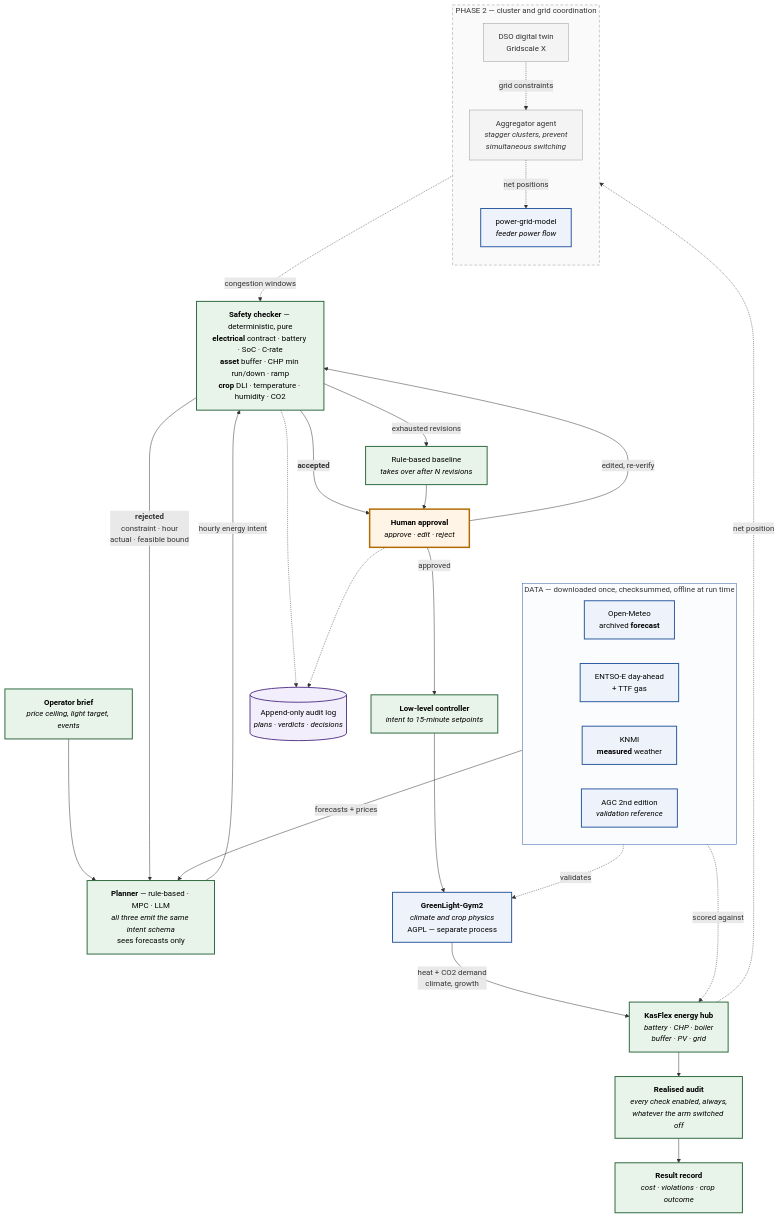
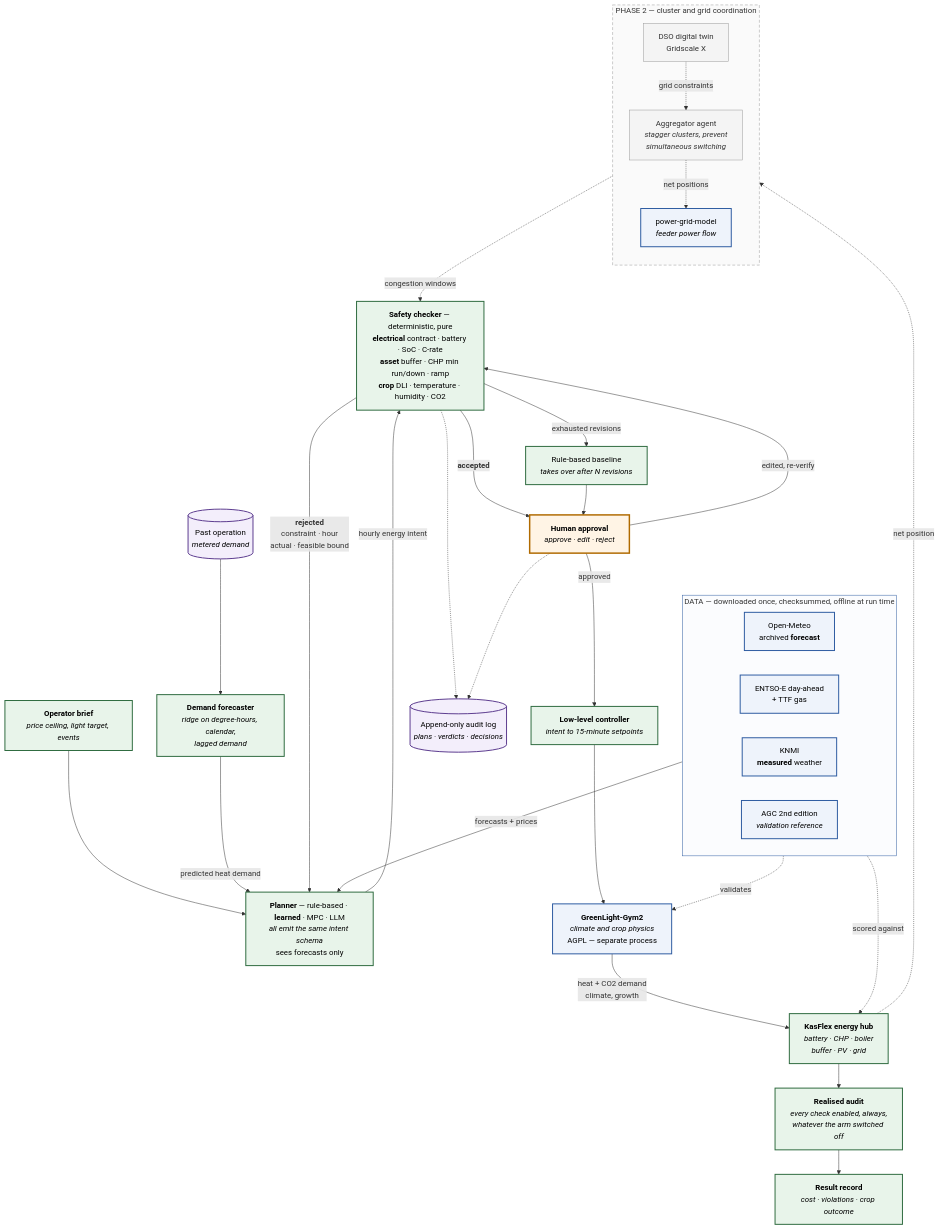
One commit to Youw98/test changed the diagram in docs/architecture.mmd. Above: the diagram before and after it, drawn with Mermaid. The commit also changed 24 other files, not shown here.

```diff
--- a/docs/architecture.mmd
+++ b/docs/architecture.mmd
@@ -1,65 +1,69 @@
 flowchart TB
     subgraph DATA["DATA — downloaded once, checksummed, offline at run time"]
         direction LR
         FCAST["Open-Meteo<br/>archived <b>forecast</b>"]
         PRICE["ENTSO-E day-ahead<br/>+ TTF gas"]
         ACTUAL["KNMI<br/><b>measured</b> weather"]
         AGC["AGC 2nd edition<br/><i>validation reference</i>"]
     end
 
     BRIEF["<b>Operator brief</b><br/><i>price ceiling, light target, events</i>"]
-    PLANNER["<b>Planner</b> — rule-based · MPC · LLM<br/><i>all three emit the same intent schema</i><br/>sees forecasts only"]
+    FORECAST["<b>Demand forecaster</b><br/><i>ridge on degree-hours, calendar,<br/>lagged demand</i>"]
+    METER[("Past operation<br/><i>metered demand</i>")]
+    PLANNER["<b>Planner</b> — rule-based · <b>learned</b> · MPC · LLM<br/><i>all emit the same intent schema</i><br/>sees forecasts only"]
     CHECK["<b>Safety checker</b> — deterministic, pure<br/><b>electrical</b> contract · battery · SoC · C-rate<br/><b>asset</b> buffer · CHP min run/down · ramp<br/><b>crop</b> DLI · temperature · humidity · CO2"]
     FALLBACK["Rule-based baseline<br/><i>takes over after N revisions</i>"]
     HUMAN["<b>Human approval</b><br/><i>approve · edit · reject</i>"]
     LOWLEVEL["<b>Low-level controller</b><br/><i>intent to 15-minute setpoints</i>"]
     GL["<b>GreenLight-Gym2</b><br/><i>climate and crop physics</i><br/>AGPL — separate process"]
     HUB["<b>KasFlex energy hub</b><br/><i>battery · CHP · boiler<br/>buffer · PV · grid</i>"]
     AUDIT["<b>Realised audit</b><br/><i>every check enabled, always,<br/>whatever the arm switched off</i>"]
     RESULT["<b>Result record</b><br/><i>cost · violations · crop outcome</i>"]
     LOG[("Append-only audit log<br/><i>plans · verdicts · decisions</i>")]
 
     subgraph P2["PHASE 2 — cluster and grid coordination"]
         direction TB
         AGG["Aggregator agent<br/><i>stagger clusters, prevent<br/>simultaneous switching</i>"]
         DSO["DSO digital twin<br/>Gridscale X"]
         PGM["power-grid-model<br/><i>feeder power flow</i>"]
         DSO -. "grid constraints" .-> AGG
         AGG -. "net positions" .-> PGM
     end
 
     DATA -- "forecasts + prices" --> PLANNER
     BRIEF --> PLANNER
+    METER --> FORECAST
+    FORECAST -- "predicted heat demand" --> PLANNER
     PLANNER -- "hourly energy intent" --> CHECK
     CHECK -- "<b>rejected</b><br/>constraint · hour<br/>actual · feasible bound" --> PLANNER
     CHECK -- "exhausted revisions" --> FALLBACK
     CHECK -- "<b>accepted</b>" --> HUMAN
     FALLBACK --> HUMAN
     HUMAN -- "edited, re-verify" --> CHECK
     HUMAN -- "approved" --> LOWLEVEL
     LOWLEVEL --> GL
     GL -- "heat + CO2 demand<br/>climate, growth" --> HUB
     HUB --> AUDIT
     AUDIT --> RESULT
 
     AGC -. "validates" .-> GL
     ACTUAL -. "scored against" .-> HUB
     HUB -. "net position" .-> AGG
     AGG -. "congestion windows" .-> CHECK
     CHECK -.-> LOG
     HUMAN -.-> LOG
 
     classDef ours fill:#e8f4ea,stroke:#2d6a3e,stroke-width:2px,color:#000
     classDef theirs fill:#eef3fb,stroke:#2c5aa0,stroke-width:2px,color:#000
     classDef future fill:#f4f4f4,stroke:#999,stroke-width:1px,color:#333
     classDef human fill:#fff4e5,stroke:#b06a00,stroke-width:3px,color:#000
     classDef store fill:#f3eefb,stroke:#5b3a8e,stroke-width:2px,color:#000
 
     style DATA fill:#fbfcfe,stroke:#2c5aa0,stroke-dasharray:0
     style P2 fill:#fafafa,stroke:#999,stroke-dasharray:6 4
 
-    class PLANNER,CHECK,HUB,LOWLEVEL,AUDIT,RESULT,FALLBACK,BRIEF ours
+    class PLANNER,CHECK,HUB,LOWLEVEL,AUDIT,RESULT,FALLBACK,BRIEF,FORECAST ours
     class GL,PGM,PRICE,FCAST,ACTUAL,AGC theirs
     class DSO,AGG future
     class HUMAN human
-    class LOG store
+    class LOG,METER store
```
